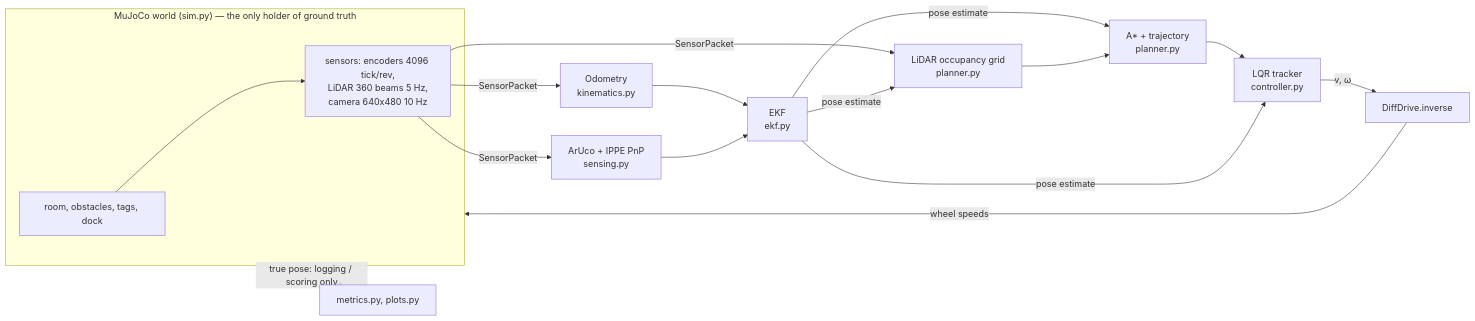
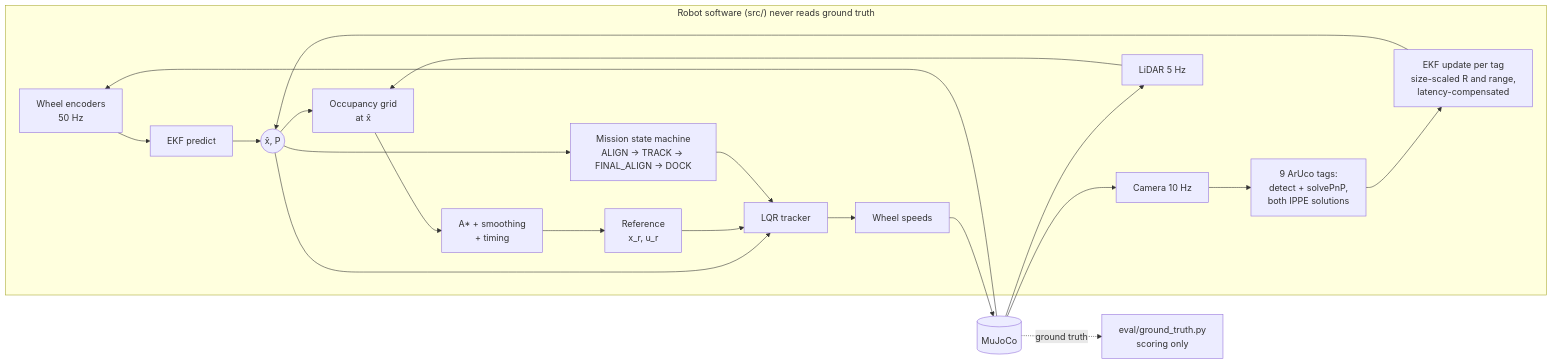
One commit to Rusa05/Integrated-Project---Sensors-and-Control---group15 changed the diagram in README.md. Above: the diagram before and after it, drawn with Mermaid. The commit also changed other lines of this file, not shown here.

````diff
--- a/README.md
+++ b/README.md
@@ -51,18 +79,19 @@
 ```mermaid
 flowchart LR
-  subgraph SIM["MuJoCo world (sim.py) — the only holder of ground truth"]
-    W[room, obstacles, tags, dock] --> S[sensors: encoders 4096 tick/rev,<br/>LiDAR 360 beams 5 Hz,<br/>camera 640x480 10 Hz]
-  end
-  S -- SensorPacket --> O[Odometry<br/>kinematics.py]
-  S -- SensorPacket --> C[ArUco + IPPE PnP<br/>sensing.py]
-  S -- SensorPacket --> L[LiDAR occupancy grid<br/>planner.py]
-  O --> E[EKF<br/>ekf.py]
-  C --> E
-  E -- pose estimate --> L
-  E -- pose estimate --> P[A* + trajectory<br/>planner.py]
-  L --> P
-  P --> K[LQR tracker<br/>controller.py]
-  E -- pose estimate --> K
-  K -- v, ω --> I[DiffDrive.inverse] -- wheel speeds --> SIM
-  SIM -. true pose: logging / scoring only .-> M[metrics.py, plots.py]
+    subgraph Robot["Robot software (src/)  never reads ground truth"]
+        ENC[Wheel encoders<br/>50 Hz] --> PRED[EKF predict]
+        CAM[Camera 10 Hz] --> DET[9 ArUco tags:<br/>detect + solvePnP,<br/>both IPPE solutions] --> UPD[EKF update per tag<br/>size-scaled R and range,<br/>latency-compensated]
+        PRED --> X((x̂, P))
+        UPD --> X
+        LID[LiDAR 5 Hz] --> MAP[Occupancy grid<br/>at x̂] --> PLAN[A* + smoothing<br/>+ timing] --> REF[Reference<br/>x_r, u_r]
+        X --> MAP
+        X --> LQR[LQR tracker]
+        REF --> LQR
+        X --> SM[Mission state machine<br/>ALIGN → TRACK → FINAL_ALIGN → DOCK]
+        SM --> LQR
+        LQR --> WHEELS[Wheel speeds]
+    end
+    WHEELS --> SIM[(MuJoCo)]
+    SIM --> ENC & CAM & LID
+    SIM -. ground truth .-> EVAL[eval/ground_truth.py<br/>scoring only]
 ```
````
